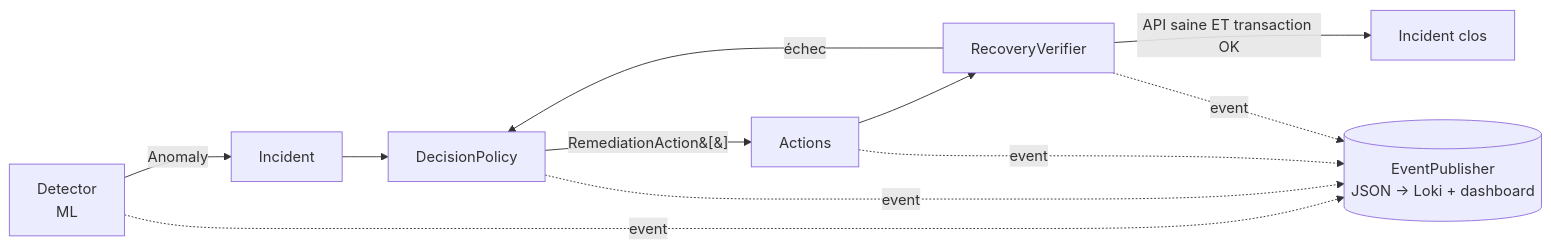
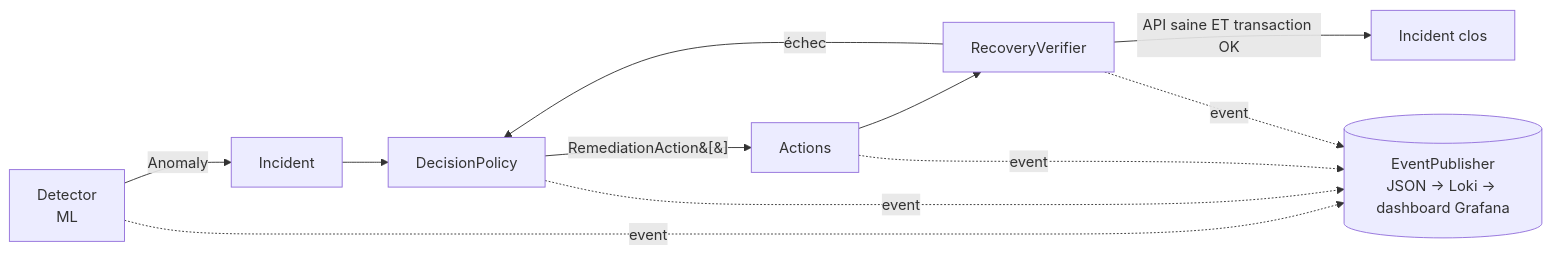
One commit to GabYan876/Resilience-Alpha changed the second of 2 diagrams in docs/architecture/architecture.md. Above: the diagram before and after it, drawn with Mermaid. The commit also changed other lines of this file and 6 other files, not shown here.

First line of the commit message:
docs: pointer le dashboard de supervision vers Grafana et cocher le jalon du 19/10

````diff
--- a/docs/architecture/architecture.md
+++ b/docs/architecture/architecture.md
@@ -95,13 +95,13 @@
 ```mermaid
 flowchart LR
     D[Detector<br/>ML] -->|Anomaly| I[Incident]
     I --> P[DecisionPolicy]
     P -->|RemediationAction&#91;&#93;| A[Actions]
     A --> V[RecoveryVerifier]
     V -->|API saine ET transaction OK| C[Incident clos]
     V -->|échec| P
-    D -.event.-> E[(EventPublisher<br/>JSON → Loki + dashboard)]
+    D -.event.-> E[(EventPublisher<br/>JSON → Loki → dashboard Grafana)]
     P -.event.-> E
     A -.event.-> E
     V -.event.-> E
 ```
````
